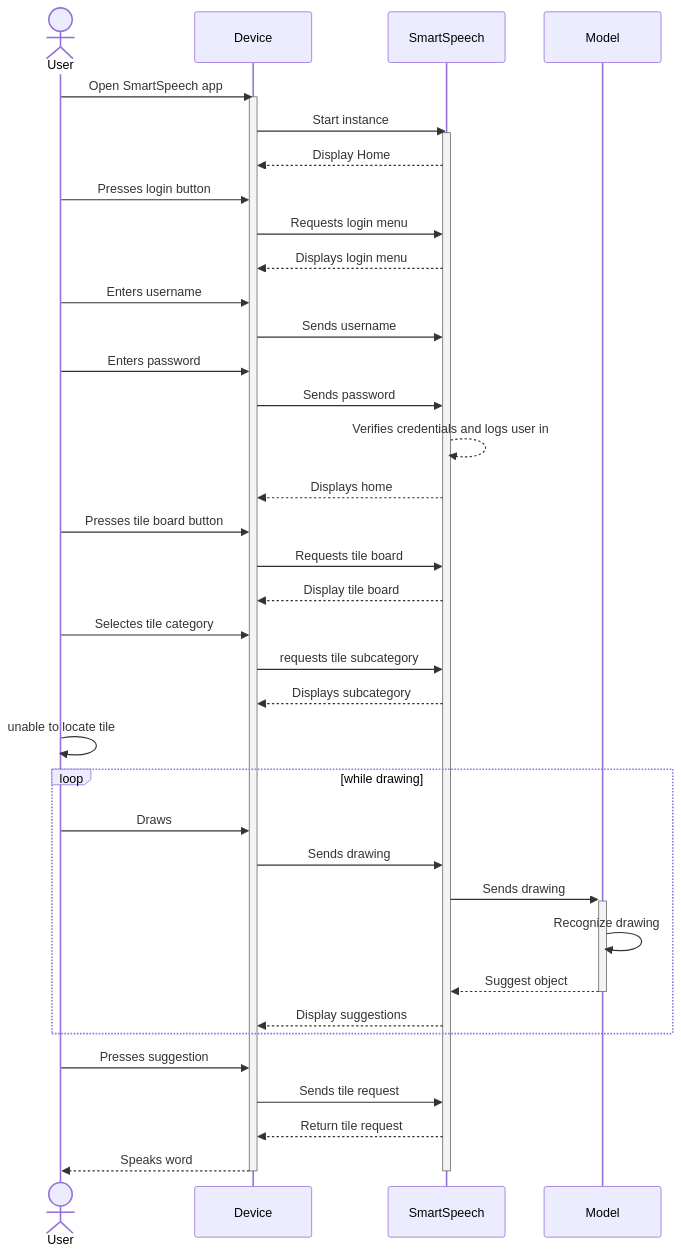
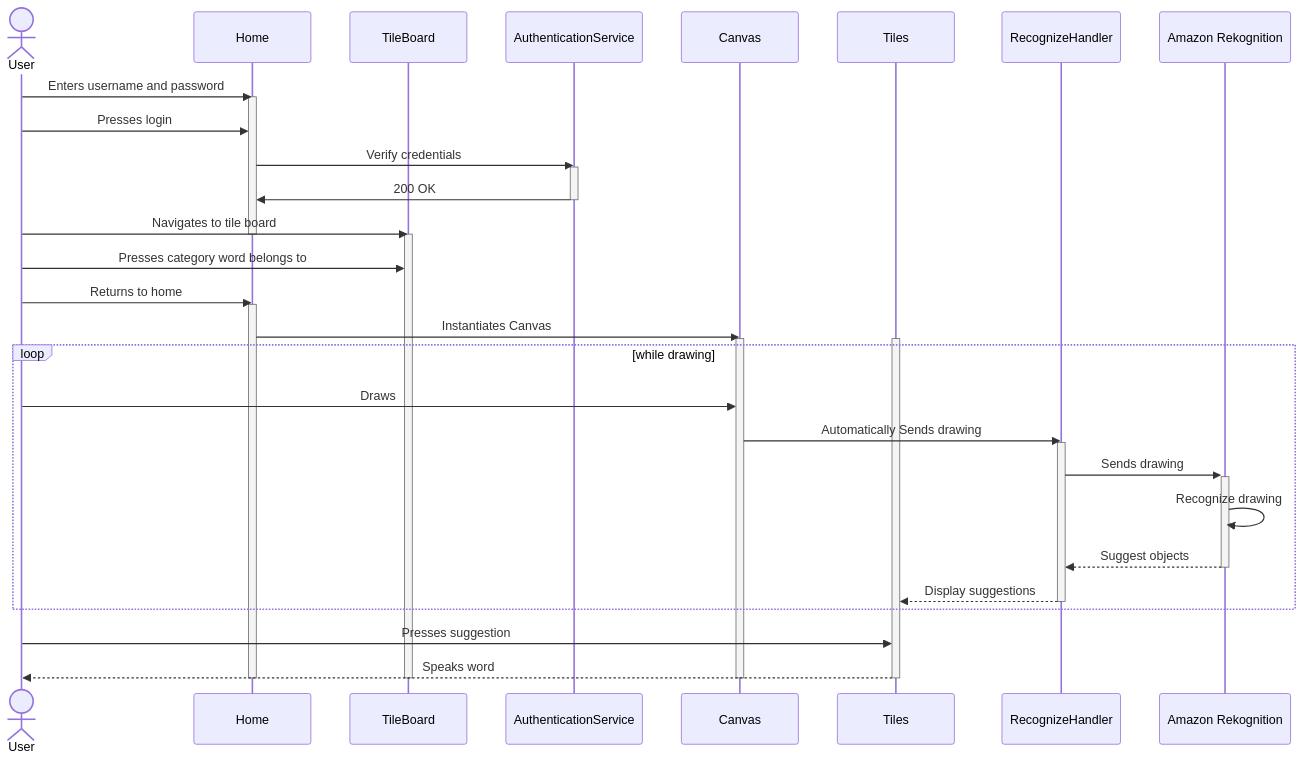
The fifth of 9 diagrams in documentation/docs/system-architecture/SequenceDiagrams.md (Capstone-Projects-2023-Fall/project-smartspeech), drawn with Mermaid before and after one commit. The commit also changed other lines of this file, not shown here.

Commit message:
Update sequence diagrams based on feedback

````diff
--- a/documentation/docs/system-architecture/SequenceDiagrams.md
+++ b/documentation/docs/system-architecture/SequenceDiagrams.md
@@ -216,50 +212,54 @@
 ```mermaid
 sequenceDiagram
     actor U as User
-    participant D as Device
-    participant S as SmartSpeech
-    participant M as Model
+    participant H as Home
+    participant TB as TileBoard
+    participant A as AuthenticationService
+    participant C as Canvas
+    participant T as Tiles
+    participant RH as RecognizeHandler
+    participant AR as Amazon Rekognition
 
-    U->>D: Open SmartSpeech app
-    activate D
-    D->>S: Start instance
-    activate S
-    S-->>D: Display Home
-    U->>D: Presses login button
-    D->>S: Requests login menu
-    S-->>D: Displays login menu
-   
-    U->>D: Enters username
-    D->>S: Sends username
-    U->>D: Enters password
-    D->>S: Sends password
-    S-->>S: Verifies credentials and logs user in
-    S-->>D: Displays home
+    U->>H: Enters username and password
+    activate H
 
-    U->>D: Presses tile board button
-    D->>S: Requests tile board
-    S-->>D: Display tile board
+    U->>H: Presses login
+    H->>A: Verify credentials
+    activate A
+    A->>H: 200 OK
+    deactivate A
+    U->>TB: Navigates to tile board
+    deactivate H
+    activate TB
+    
+    U->>TB: Presses category word belongs to
 
-    U->>D: Selectes tile category
-    D->>S: requests tile subcategory
-    S-->>D: Displays subcategory
-    U->>U: unable to locate tile
+    U->>H: Returns to home
+    activate H
+
+    H->>C: Instantiates Canvas
+
+    activate C
+    activate T
     
     loop while drawing
-        U->>D: Draws
-        D->>S: Sends drawing
-        S->>+M: Sends drawing
-        M->>M: Recognize drawing
-        M-->>-S: Suggest object
-        S-->>D: Display suggestions
+        U->>C: Draws
+        C->>RH: Automatically Sends drawing
+        activate RH
+        RH->>+AR: Sends drawing
+        AR->>AR: Recognize drawing
+        AR-->>-RH: Suggest objects
+        RH-->>T: Display suggestions
+        deactivate RH
     end
+    
+    U->>T: Presses suggestion
+    T-->>U: Speaks word
 
-    
-    U->>D: Presses suggestion
-    D->>S: Sends tile request
-    S-->>D: Return tile request    
-    D-->>U: Speaks word
+    deactivate C
+    deactivate T
 
-    deactivate D
-    deactivate S
+    deactivate H
+
+    deactivate TB
 ```
````
